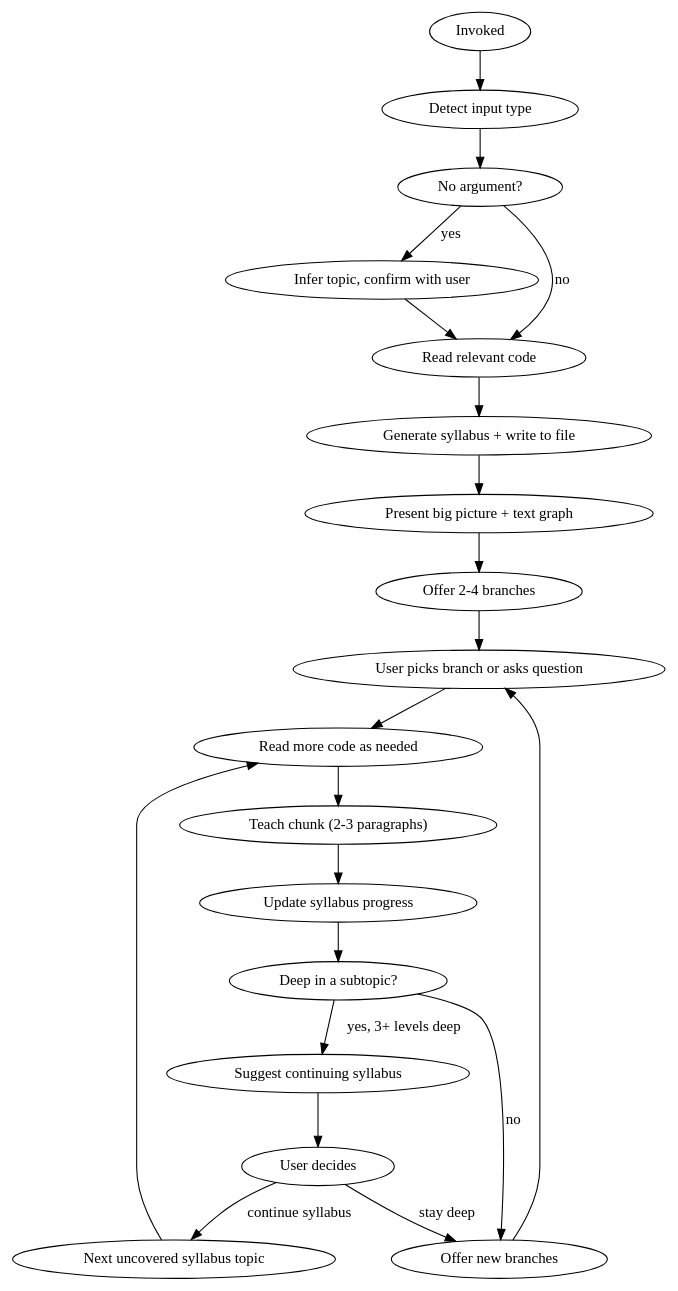
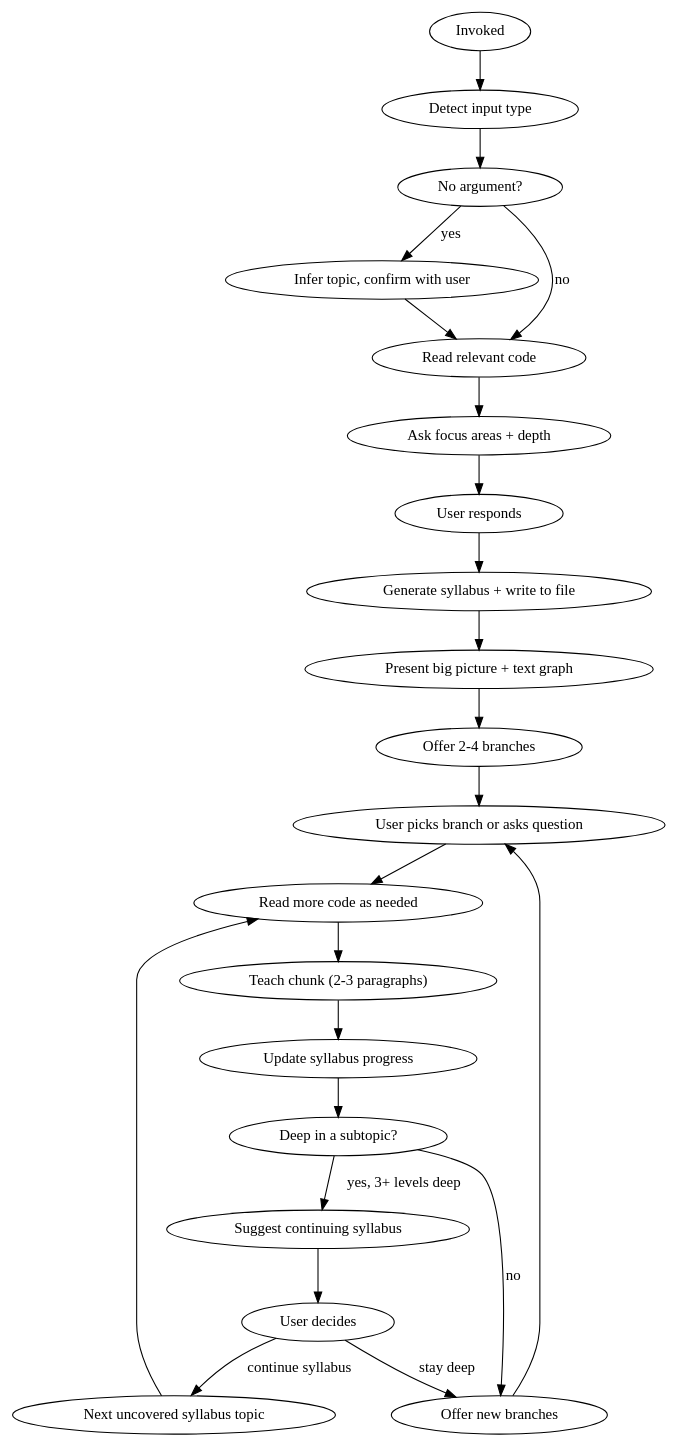
The diagram in teachme/SKILL.md (mutdmour/my-claude-skills), drawn with Graphviz before and after one commit. The commit also changed other lines of this file and 1 other file, not shown here.

First line of the commit message:
Add focus area and depth selection to teachme and quizme skills

````diff
--- a/teachme/SKILL.md
+++ b/teachme/SKILL.md
@@ -30,24 +30,26 @@
 ```dot
 digraph teachme {
     "Invoked" -> "Detect input type";
     "Detect input type" -> "No argument?" [shape=diamond];
     "No argument?" -> "Infer topic, confirm with user" [label="yes"];
     "No argument?" -> "Read relevant code" [label="no"];
     "Infer topic, confirm with user" -> "Read relevant code";
-    "Read relevant code" -> "Generate syllabus + write to file";
+    "Read relevant code" -> "Ask focus areas + depth";
+    "Ask focus areas + depth" -> "User responds";
+    "User responds" -> "Generate syllabus + write to file";
     "Generate syllabus + write to file" -> "Present big picture + text graph";
     "Present big picture + text graph" -> "Offer 2-4 branches";
     "Offer 2-4 branches" -> "User picks branch or asks question";
     "User picks branch or asks question" -> "Read more code as needed";
     "Read more code as needed" -> "Teach chunk (2-3 paragraphs)";
     "Teach chunk (2-3 paragraphs)" -> "Update syllabus progress";
     "Update syllabus progress" -> "Deep in a subtopic?" [shape=diamond];
     "Deep in a subtopic?" -> "Suggest continuing syllabus" [label="yes, 3+ levels deep"];
     "Deep in a subtopic?" -> "Offer new branches" [label="no"];
     "Suggest continuing syllabus" -> "User decides" [shape=diamond];
     "User decides" -> "Offer new branches" [label="stay deep"];
     "User decides" -> "Next uncovered syllabus topic" [label="continue syllabus"];
     "Next uncovered syllabus topic" -> "Read more code as needed";
     "Offer new branches" -> "User picks branch or asks question";
 }
 ```
````
